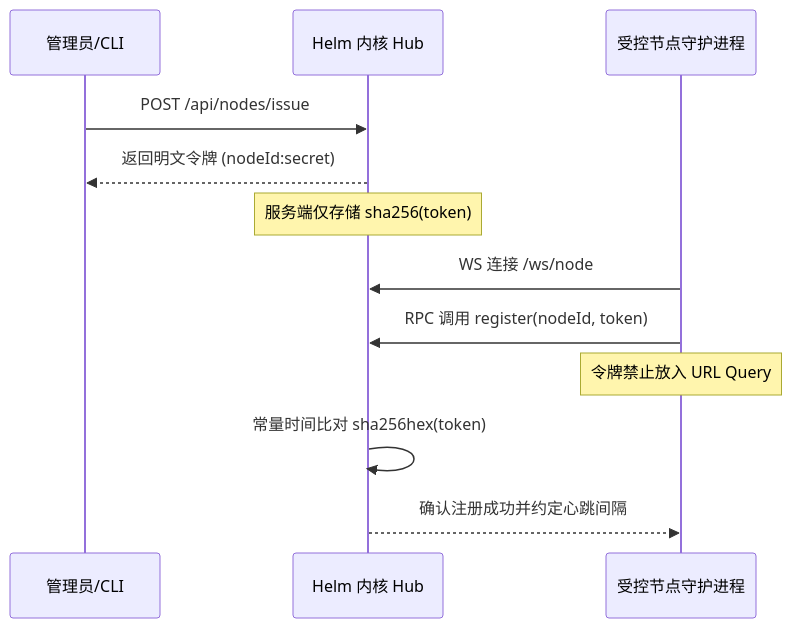
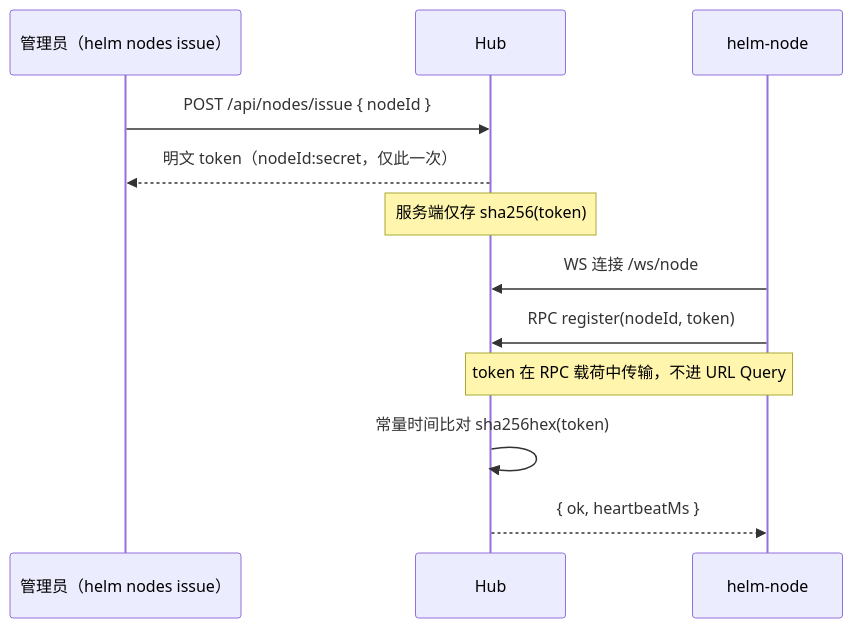
The second of 3 diagrams in docs/architecture/envfabric.md (team4u/helm), drawn with Mermaid before and after one commit. The commit also changed other lines of this file and 67 other files, not shown here.

````diff
--- a/docs/architecture/envfabric.md
+++ b/docs/architecture/envfabric.md
@@ -53,15 +38,15 @@
 ```mermaid
 sequenceDiagram
-    participant Admin as 管理员/CLI
-    participant Hub as Helm 内核 Hub
-    participant Node as 受控节点守护进程
+    participant Admin as 管理员（helm nodes issue）
+    participant Hub as Hub
+    participant Node as helm-node
 
-    Admin->>Hub: POST /api/nodes/issue
-    Hub-->>Admin: 返回明文令牌 (nodeId:secret)
-    Note over Hub: 服务端仅存储 sha256(token)
+    Admin->>Hub: POST /api/nodes/issue { nodeId }
+    Hub-->>Admin: 明文 token（nodeId:secret，仅此一次）
+    Note over Hub: 服务端仅存 sha256(token)
     Node->>Hub: WS 连接 /ws/node
-    Node->>Hub: RPC 调用 register(nodeId, token)
-    Note over Node: 令牌禁止放入 URL Query
+    Node->>Hub: RPC register(nodeId, token)
+    Note over Node,Hub: token 在 RPC 载荷中传输，不进 URL Query
     Hub->>Hub: 常量时间比对 sha256hex(token)
-    Hub-->>Node: 确认注册成功并约定心跳间隔
+    Hub-->>Node: { ok, heartbeatMs }
 ```
````
